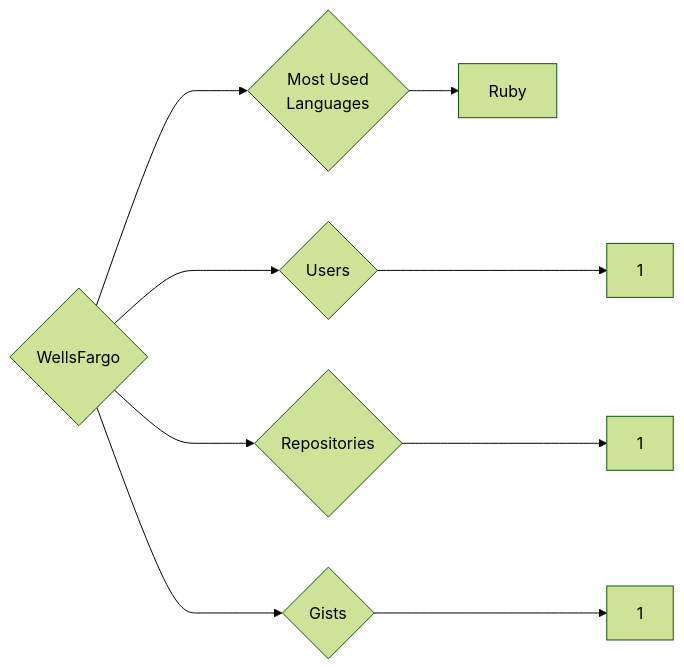
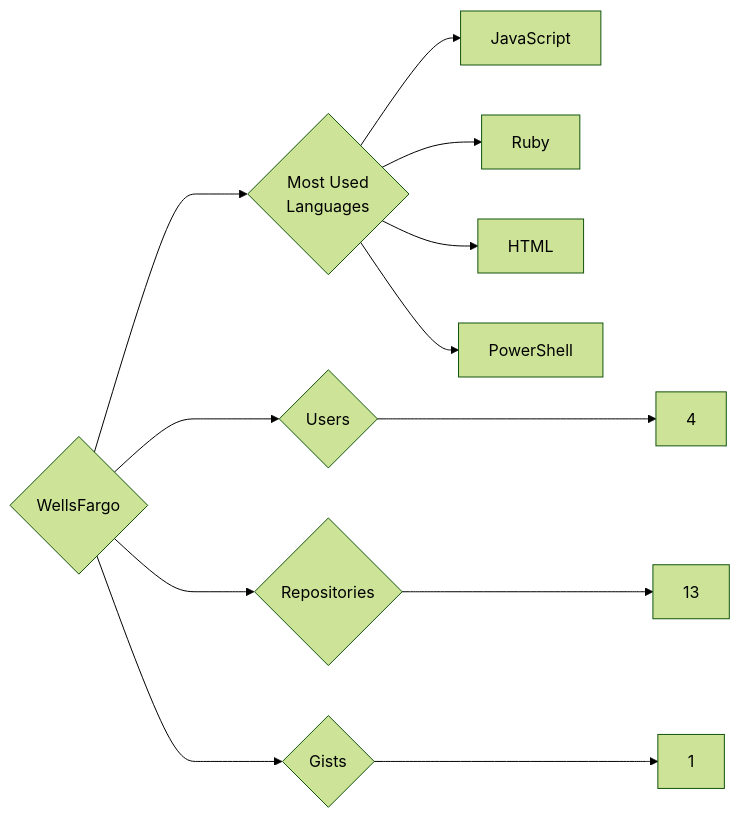
Before and after one commit to trickest/insiders: the diagram in targets/WellsFargo/README.md, drawn with Mermaid (forest theme). The commit also changed 965 other files, not shown here.

````diff
--- a/targets/WellsFargo/README.md
+++ b/targets/WellsFargo/README.md
@@ -3,9 +3,12 @@
 ```mermaid
 graph LR
 COMPANY_NAME{WellsFargo}
-COMPANY_NAME ---> U{Users} ---> UN[1]
-COMPANY_NAME ---> R{Repositories} ---> RN[1]
+COMPANY_NAME ---> U{Users} ---> UN[4]
+COMPANY_NAME ---> R{Repositories} ---> RN[13]
 COMPANY_NAME ---> G{Gists} ---> GN[1]
 COMPANY_NAME ---> ML{Most Used<br>Languages}
+ML --> JavaScript[JavaScript]
 ML --> Ruby[Ruby]
+ML --> HTML[HTML]
+ML --> PowerShell[PowerShell]
 ```
````
